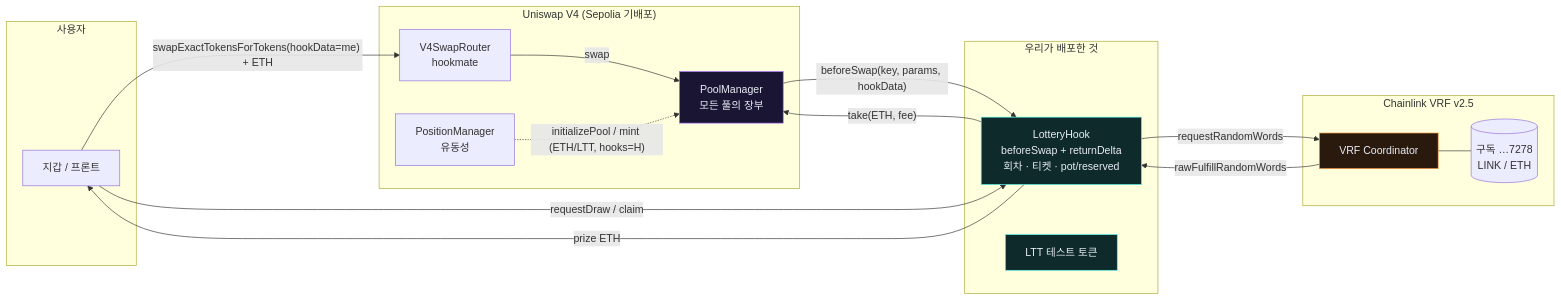
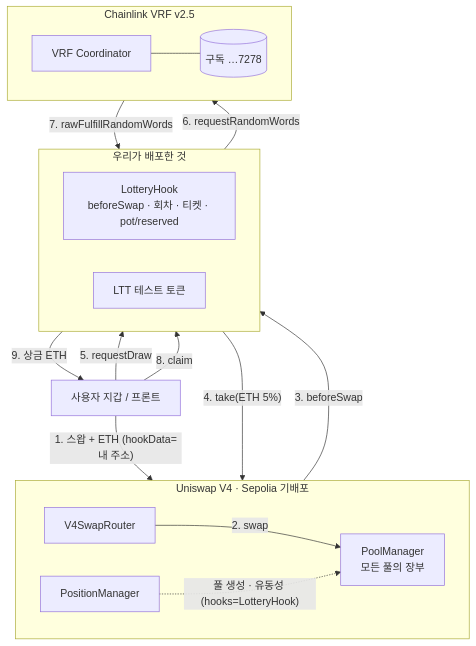
Before and after one commit to DongYun22/Uniswap-V4-lotteryContract: the first of 4 diagrams in README.md, drawn with Mermaid. The commit also changed other lines of this file, not shown here.

Commit message:
docs: 구성도를 세로 배치로 (가로 2333px→869px), 테마 충돌하는 style 제거

````diff
--- a/README.md
+++ b/README.md
@@ -18,38 +18,35 @@
 ```mermaid
-flowchart LR
-    subgraph User["사용자"]
-        U[지갑 / 프론트]
-    end
+flowchart TB
+    U[사용자 지갑 / 프론트]
 
-    subgraph Uniswap["Uniswap V4 (Sepolia 기배포)"]
-        R[V4SwapRouter<br/>hookmate]
+    subgraph Uniswap["Uniswap V4 · Sepolia 기배포"]
+        direction LR
+        R[V4SwapRouter]
         PM[PoolManager<br/>모든 풀의 장부]
-        POS[PositionManager<br/>유동성]
+        POS[PositionManager]
     end
 
     subgraph Ours["우리가 배포한 것"]
-        H["LotteryHook<br/>beforeSwap + returnDelta<br/>회차 · 티켓 · pot/reserved"]
+        direction LR
+        H[LotteryHook<br/>beforeSwap · 회차 · 티켓 · pot/reserved]
         T[LTT 테스트 토큰]
     end
 
     subgraph Chainlink["Chainlink VRF v2.5"]
+        direction LR
         C[VRF Coordinator]
-        S[(구독 …7278<br/>LINK / ETH)]
+        S[(구독 …7278)]
     end
 
-    U -- "swapExactTokensForTokens(hookData=me) + ETH" --> R
-    R -- swap --> PM
-    PM -- "beforeSwap(key, params, hookData)" --> H
-    H -- "take(ETH, fee)" --> PM
-    POS -. "initializePool / mint (ETH/LTT, hooks=H)" .-> PM
-    H -- requestRandomWords --> C
-    C -- rawFulfillRandomWords --> H
+    U -- "1. 스왑 + ETH (hookData=내 주소)" --> R
+    R -- "2. swap" --> PM
+    PM -- "3. beforeSwap" --> H
+    H -- "4. take(ETH 5%)" --> PM
+    POS -. "풀 생성 · 유동성 (hooks=LotteryHook)" .-> PM
+    U -- "5. requestDraw" --> H
+    H -- "6. requestRandomWords" --> C
+    C -- "7. rawFulfillRandomWords" --> H
     C --- S
-    U -- "requestDraw / claim" --> H
-    H -- "prize ETH" --> U
-
-    style H fill:#0e2a2a,stroke:#4ff0e6,color:#e8ecf8
-    style T fill:#0e2a2a,stroke:#4ff0e6,color:#e8ecf8
-    style PM fill:#1a1533,stroke:#a56bff,color:#e8ecf8
-    style C fill:#2a1a0e,stroke:#ff9a3c,color:#e8ecf8
+    U -- "8. claim" --> H
+    H -- "9. 상금 ETH" --> U
 ```
````
